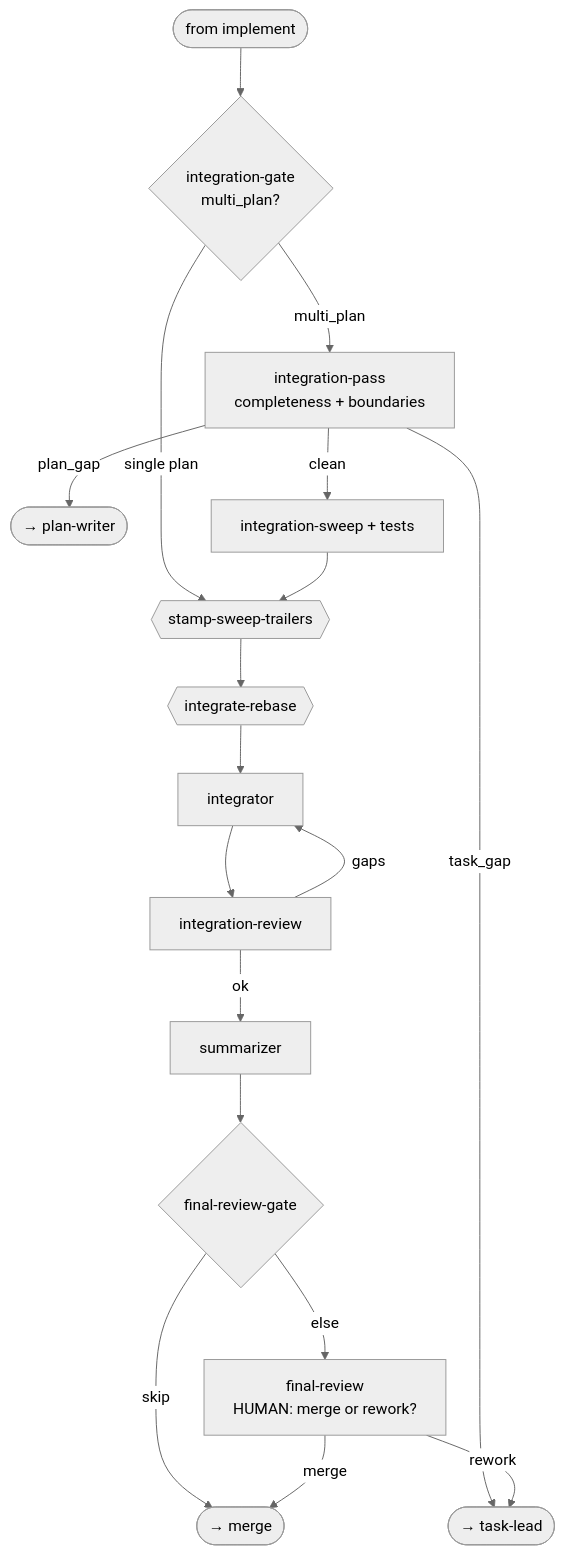
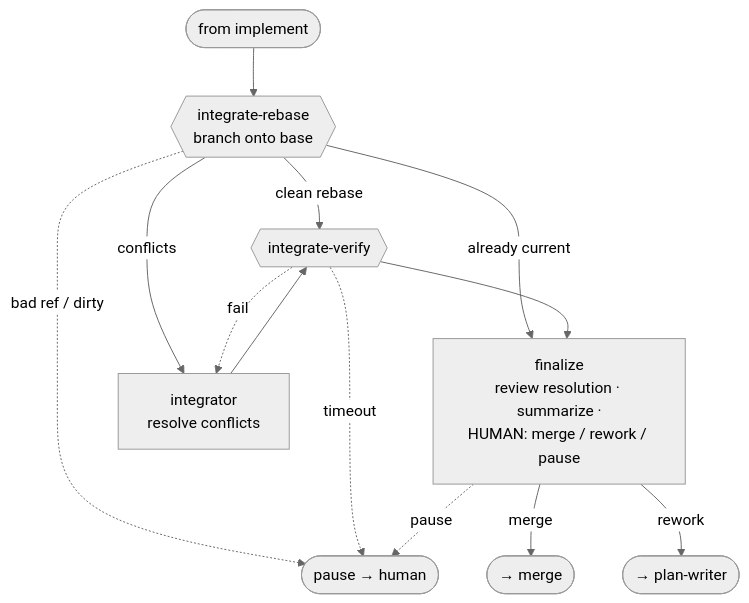
Diagram 11 of 12 in docs/architecture.md (jpoimboe/imp), drawn with Mermaid (neutral theme) before and after one commit. The commit also changed other lines of this file, not shown here.

First line of the commit message:
docs: sync architecture.md with default->imp workflow rename and phase rework

````diff
--- a/docs/architecture.md
+++ b/docs/architecture.md
@@ -218,20 +225,15 @@
 ```mermaid
 flowchart TD
-  in([from implement]) --> IG{"integration-gate<br/>multi_plan?"}
-  IG -->|"single plan"| SST{{"stamp-sweep-trailers"}}
-  IG -->|multi_plan| IP["integration-pass<br/>completeness + boundaries"]
-  IP -->|task_gap| back1([→ task-lead])
-  IP -->|plan_gap| back2([→ plan-writer])
-  IP -->|clean| ISW["integration-sweep + tests"]
-  ISW --> SST
-  SST --> IM{{"integrate-rebase"}}
-  IM --> INT["integrator"]
-  INT --> IR["integration-review"]
-  IR -->|gaps| INT
-  IR -->|ok| SUM["summarizer"]
-  SUM --> FRG{"final-review-gate"}
-  FRG -->|skip| out([→ merge])
-  FRG -->|else| FR["final-review<br/>HUMAN: merge or rework?"]
-  FR -->|rework| back1
-  FR -->|merge| out
+  in([from implement]) --> IR{{"integrate-rebase<br/>branch onto base"}}
+  IR -->|"already current"| FIN
+  IR -->|"clean rebase"| IV
+  IR -->|conflicts| INT["integrator<br/>resolve conflicts"]
+  IR -. "bad ref / dirty" .-> HUMAN([pause → human])
+  INT --> IV{{"integrate-verify"}}
+  IV -. fail .-> INT
+  IV -. timeout .-> HUMAN
+  IV --> FIN["finalize<br/>review resolution · summarize ·<br/>HUMAN: merge / rework / pause"]
+  FIN -->|rework| back([→ plan-writer])
+  FIN -. pause .-> HUMAN
+  FIN -->|merge| out([→ merge])
 ```
````
